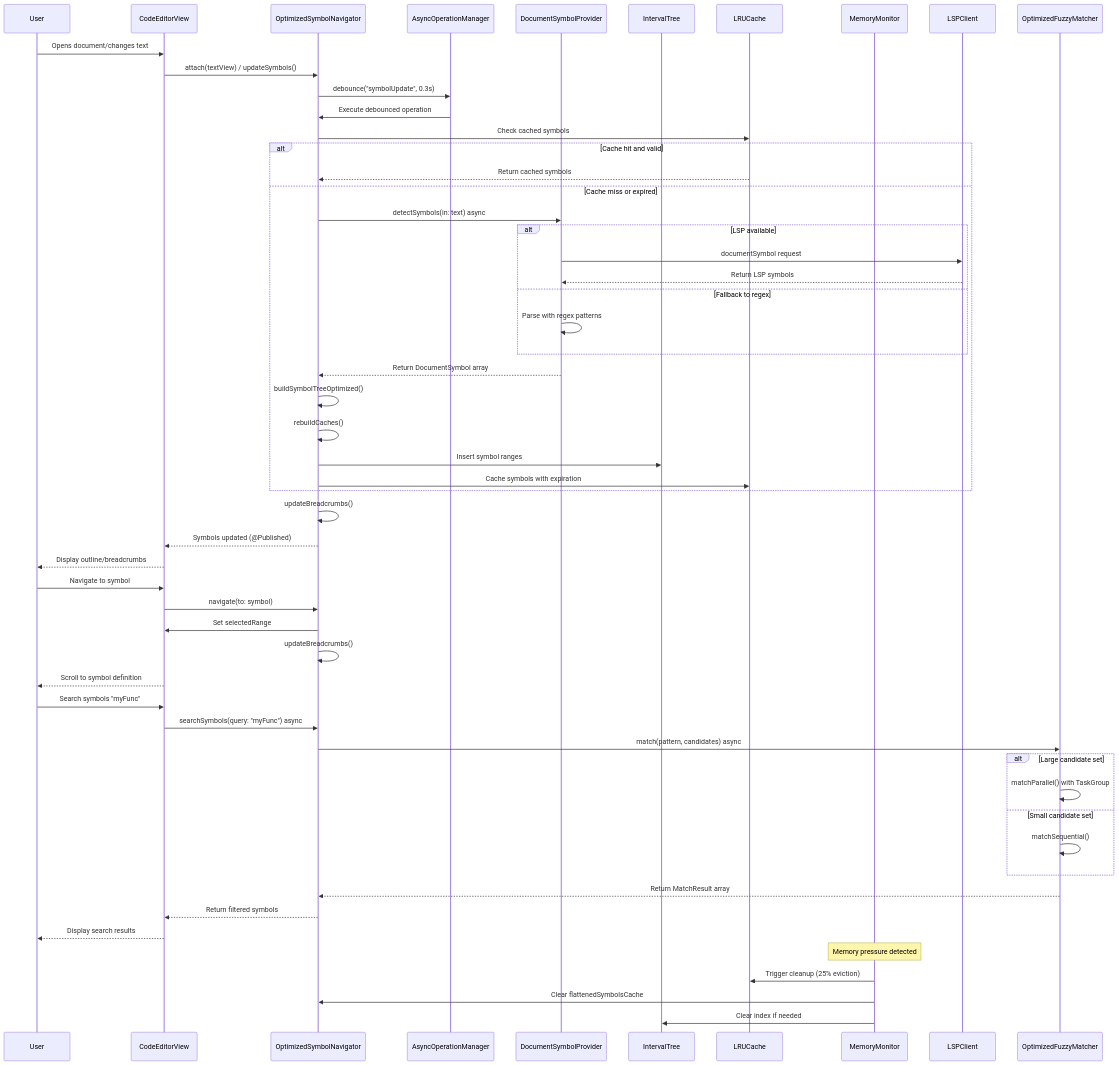
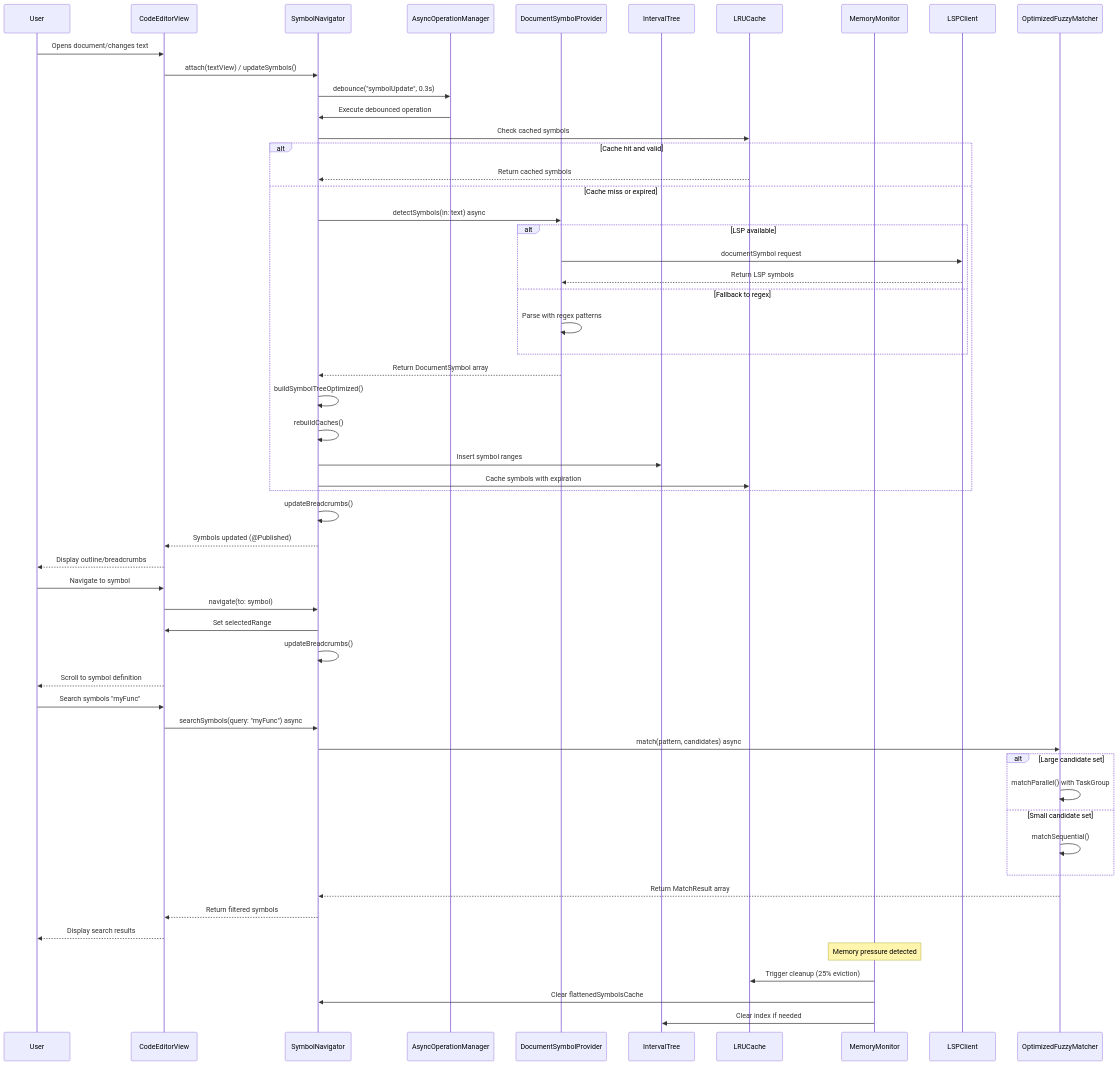
One commit to ajmcclary/CodeEditorKit changed the second of 2 diagrams in docs/Diagrams/14-symbol-navigation-intelligence.md. Above: the diagram before and after it, drawn with Mermaid. The commit also changed other lines of this file and 200 other files, not shown here.

````diff
--- a/docs/Diagrams/14-symbol-navigation-intelligence.md
+++ b/docs/Diagrams/14-symbol-navigation-intelligence.md
@@ -372,67 +372,67 @@
 ```mermaid
 sequenceDiagram
     participant User as User
     participant Editor as CodeEditorView
-    participant Navigator as OptimizedSymbolNavigator
+    participant Navigator as SymbolNavigator
     participant AsyncMgr as AsyncOperationManager
     participant Provider as DocumentSymbolProvider
     participant IntervalTree as IntervalTree
     participant LRUCache as LRUCache
     participant MemoryMonitor as MemoryMonitor
     participant LSP as LSPClient
 
     User->>Editor: Opens document/changes text
     Editor->>Navigator: attach(textView) / updateSymbols()
     Navigator->>AsyncMgr: debounce("symbolUpdate", 0.3s)
     
     AsyncMgr->>Navigator: Execute debounced operation
     Navigator->>LRUCache: Check cached symbols
     
     alt Cache hit and valid
         LRUCache-->>Navigator: Return cached symbols
     else Cache miss or expired
         Navigator->>Provider: detectSymbols(in: text) async
         
         alt LSP available
             Provider->>LSP: documentSymbol request
             LSP-->>Provider: Return LSP symbols
         else Fallback to regex
             Provider->>Provider: Parse with regex patterns
         end
         
         Provider-->>Navigator: Return DocumentSymbol array
         Navigator->>Navigator: buildSymbolTreeOptimized()
         Navigator->>Navigator: rebuildCaches()
         Navigator->>IntervalTree: Insert symbol ranges
         Navigator->>LRUCache: Cache symbols with expiration
     end
     
     Navigator->>Navigator: updateBreadcrumbs()
     Navigator-->>Editor: Symbols updated (@Published)
     Editor-->>User: Display outline/breadcrumbs
 
     User->>Editor: Navigate to symbol
     Editor->>Navigator: navigate(to: symbol)
     Navigator->>Editor: Set selectedRange
     Navigator->>Navigator: updateBreadcrumbs()
     Editor-->>User: Scroll to symbol definition
 
     User->>Editor: Search symbols "myFunc"
     Editor->>Navigator: searchSymbols(query: "myFunc") async
     Navigator->>OptimizedFuzzyMatcher: match(pattern, candidates) async
     
     alt Large candidate set
         OptimizedFuzzyMatcher->>OptimizedFuzzyMatcher: matchParallel() with TaskGroup
     else Small candidate set
         OptimizedFuzzyMatcher->>OptimizedFuzzyMatcher: matchSequential()
     end
     
     OptimizedFuzzyMatcher-->>Navigator: Return MatchResult array
     Navigator-->>Editor: Return filtered symbols
     Editor-->>User: Display search results
 
     Note over MemoryMonitor: Memory pressure detected
     MemoryMonitor->>LRUCache: Trigger cleanup (25% eviction)
     MemoryMonitor->>Navigator: Clear flattenedSymbolsCache
     MemoryMonitor->>IntervalTree: Clear index if needed
 ```
````
